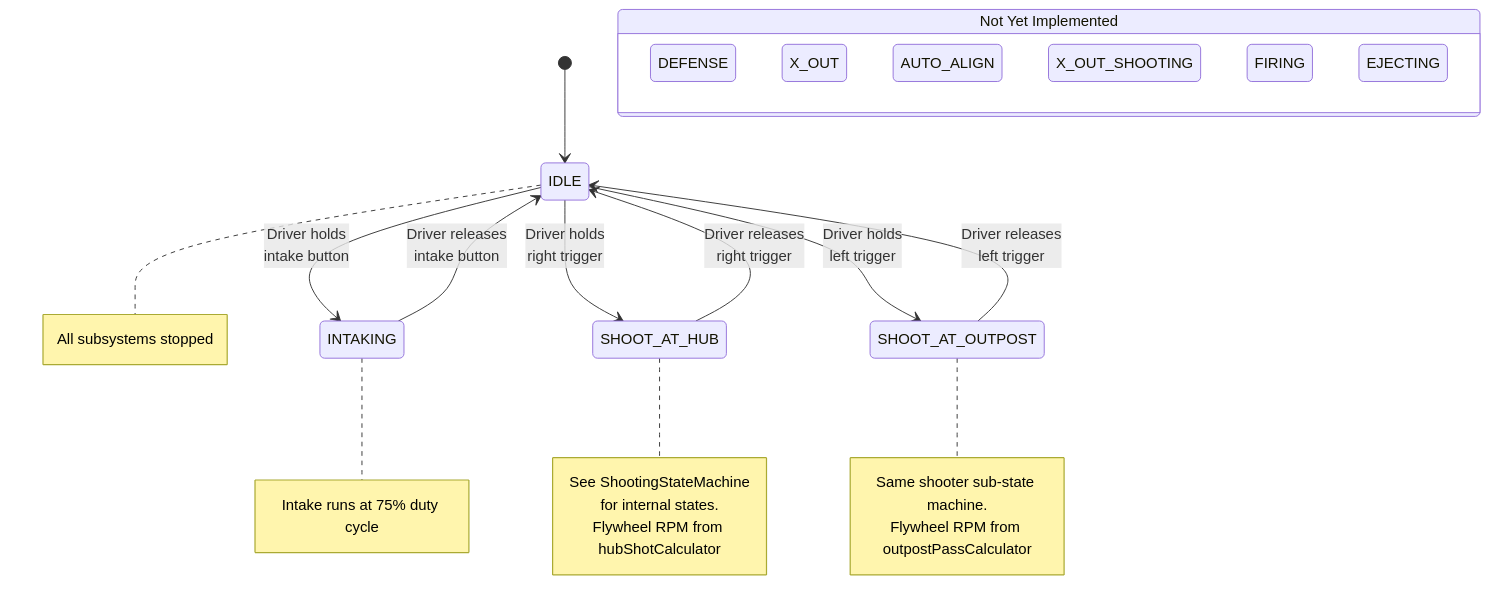
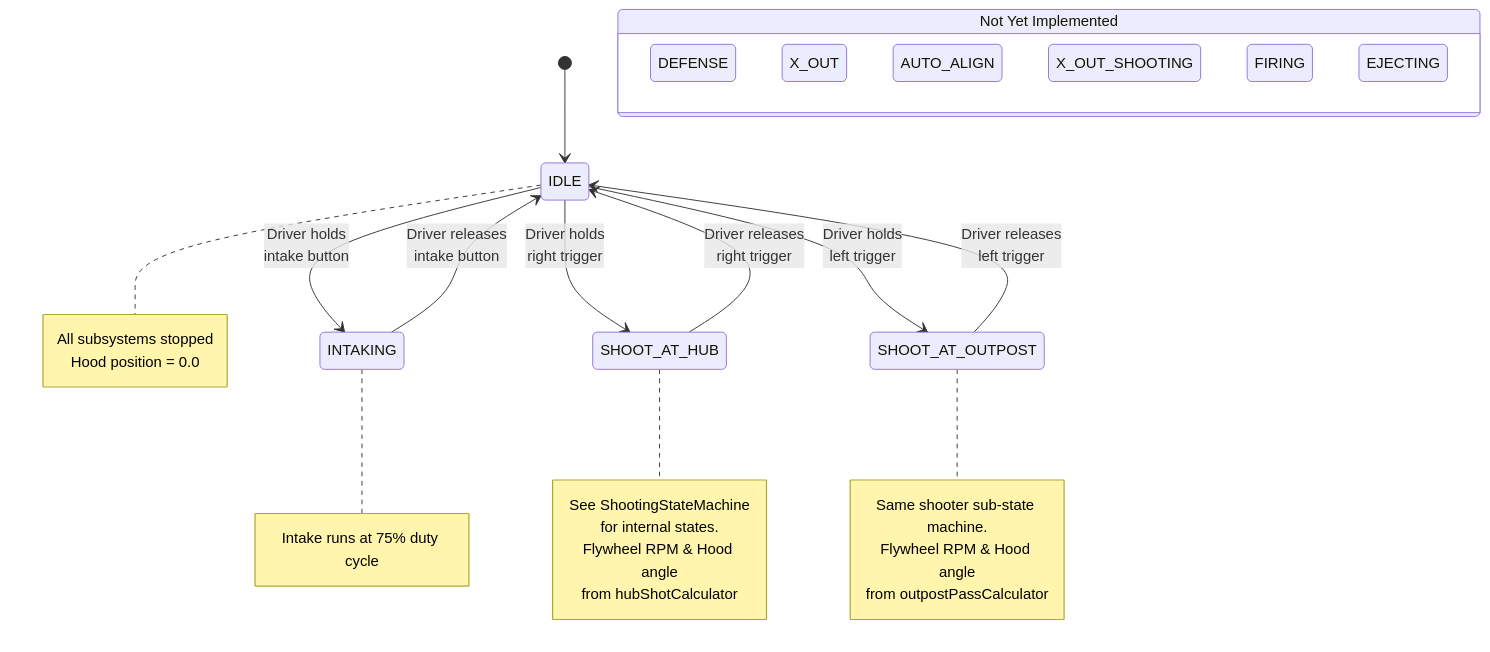
The diagram in docs/states/SuperStructureStateMachine.mmd (FRCTeam360/RainMaker26), drawn with Mermaid before and after one commit. The commit also changed 6 other files, not shown here.

First line of the commit message:
Update state machine diagrams to match current robot states

```diff
--- a/docs/states/SuperStructureStateMachine.mmd
+++ b/docs/states/SuperStructureStateMachine.mmd
@@ -1,31 +1,31 @@
 %% SuperStructure Top-Level State Machine
 %% Reflects actual code in SuperStructure.java
 stateDiagram-v2
     [*] --> IDLE
 
     %% Intake flow
     IDLE --> INTAKING : Driver holds<br>intake button
     INTAKING --> IDLE : Driver releases<br>intake button
 
     %% Hub shooting flow
     IDLE --> SHOOT_AT_HUB : Driver holds<br>right trigger
     SHOOT_AT_HUB --> IDLE : Driver releases<br>right trigger
 
     %% Outpost pass flow
     IDLE --> SHOOT_AT_OUTPOST : Driver holds<br>left trigger
     SHOOT_AT_OUTPOST --> IDLE : Driver releases<br>left trigger
 
-    note right of IDLE : All subsystems stopped
+    note right of IDLE : All subsystems stopped<br>Hood position = 0.0
     note right of INTAKING : Intake runs at 75% duty cycle
-    note right of SHOOT_AT_HUB : See ShootingStateMachine<br>for internal states.<br>Flywheel RPM from hubShotCalculator
-    note right of SHOOT_AT_OUTPOST : Same shooter sub-state machine.<br>Flywheel RPM from outpostPassCalculator
+    note right of SHOOT_AT_HUB : See ShootingStateMachine<br>for internal states.<br>Flywheel RPM & Hood angle<br>from hubShotCalculator
+    note right of SHOOT_AT_OUTPOST : Same shooter sub-state machine.<br>Flywheel RPM & Hood angle<br>from outpostPassCalculator
 
     %% Defined but not yet implemented
     state "Not Yet Implemented" as NYI {
         DEFENSE
         X_OUT
         AUTO_ALIGN
         X_OUT_SHOOTING
         FIRING
         EJECTING
     }
```
